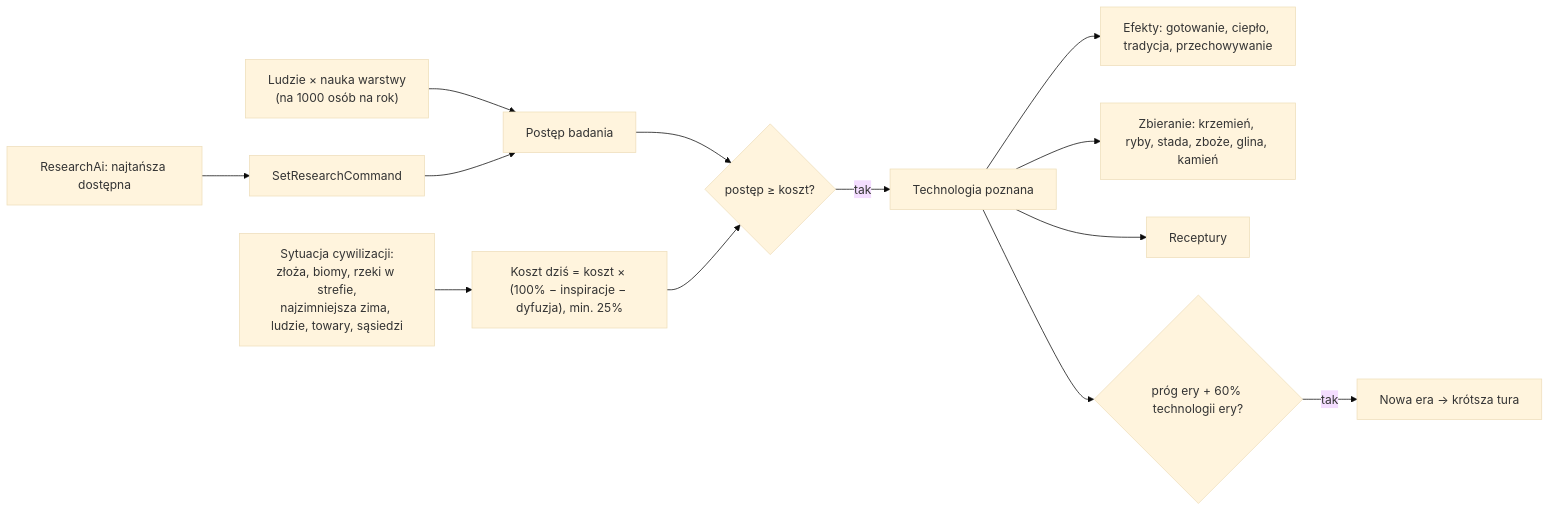
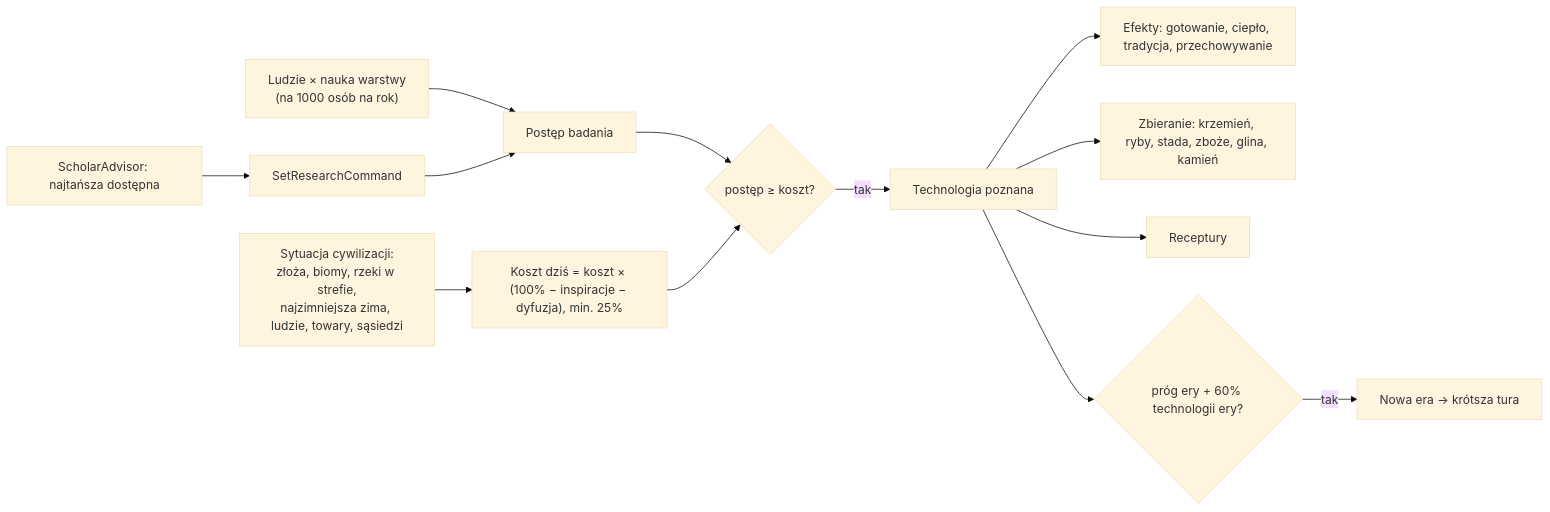
One commit to CoStellar/CivSim2 changed the diagram in docs/systems/research.md. Above: the diagram before and after it, drawn with Mermaid (base theme). The commit also changed other lines of this file and 33 other files, not shown here.

````diff
--- a/docs/systems/research.md
+++ b/docs/systems/research.md
@@ -14,14 +14,14 @@
 ```mermaid
 flowchart LR
   P["Ludzie × nauka warstwy<br/>(na 1000 osób na rok)"] --> R["Postęp badania"]
   F["Sytuacja cywilizacji:<br/>złoża, biomy, rzeki w strefie,<br/>najzimniejsza zima, ludzie, towary, sąsiedzi"] --> C["Koszt dziś = koszt × (100% − inspiracje − dyfuzja), min. 25%"]
   R --> L{"postęp ≥ koszt?"}
   C --> L
   L -->|tak| K["Technologia poznana"]
   K --> E["Efekty: gotowanie, ciepło, tradycja, przechowywanie"]
   K --> G["Zbieranie: krzemień, ryby, stada, zboże, glina, kamień"]
   K --> RC["Receptury"]
   K --> ER{"próg ery + 60% technologii ery?"}
   ER -->|tak| N["Nowa era → krótsza tura"]
-  AI["ResearchAi: najtańsza dostępna"] --> SR["SetResearchCommand"] --> R
+  AI["ScholarAdvisor: najtańsza dostępna"] --> SR["SetResearchCommand"] --> R
 ```
````
